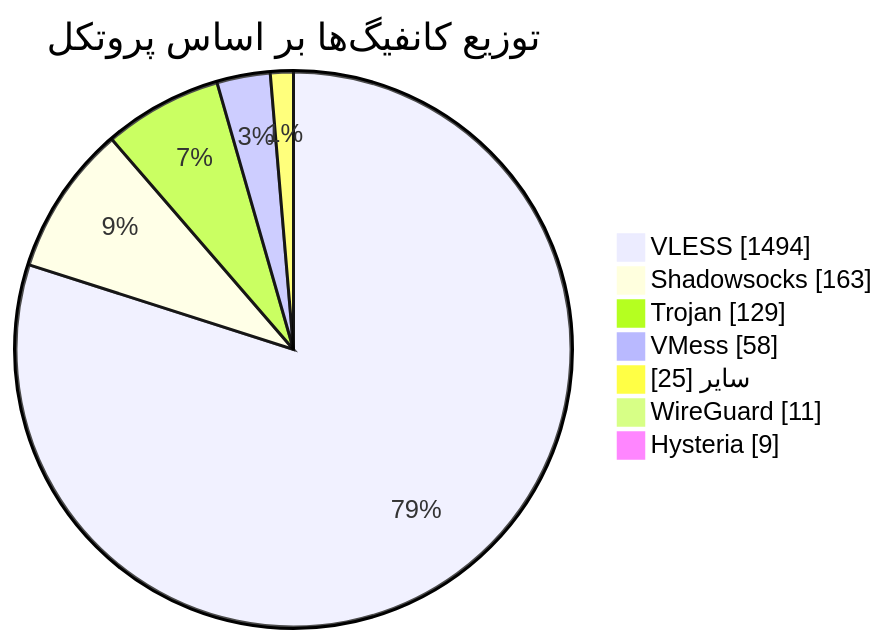
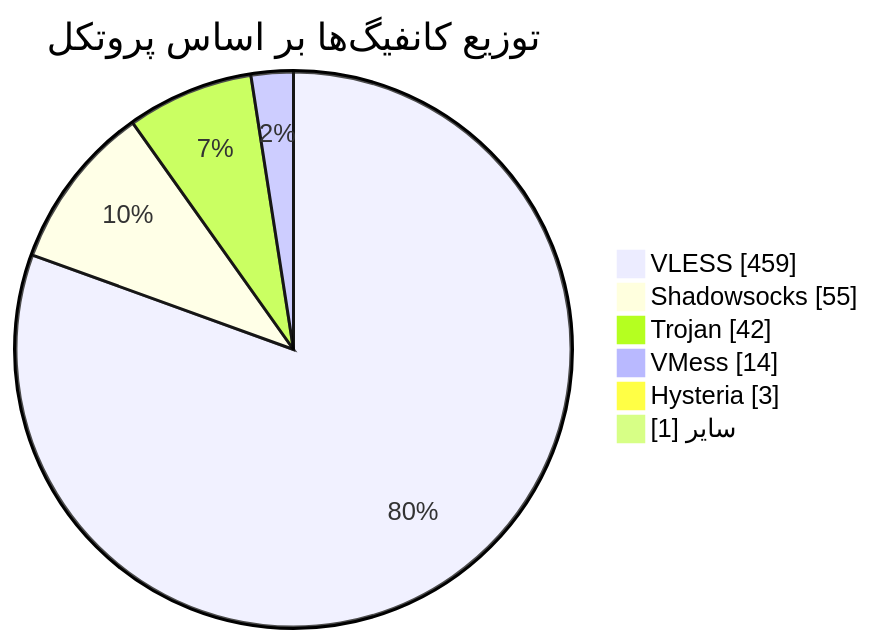
The diagram in README.md (Arian-Alijani/Somthing), drawn with Mermaid before and after one commit. The commit also changed other lines of this file and 19 other files, not shown here.

````diff
--- a/README.md
+++ b/README.md
@@ -49,11 +48,10 @@
 ```mermaid
 pie showData
     title توزیع کانفیگ‌ها بر اساس پروتکل
-    "VLESS" : 1494
-    "Shadowsocks" : 163
-    "Trojan" : 129
-    "VMess" : 58
-    "سایر" : 25
-    "WireGuard" : 11
-    "Hysteria" : 9
+    "VLESS" : 459
+    "Shadowsocks" : 55
+    "Trojan" : 42
+    "VMess" : 14
+    "Hysteria" : 3
+    "سایر" : 1
 ```
````
